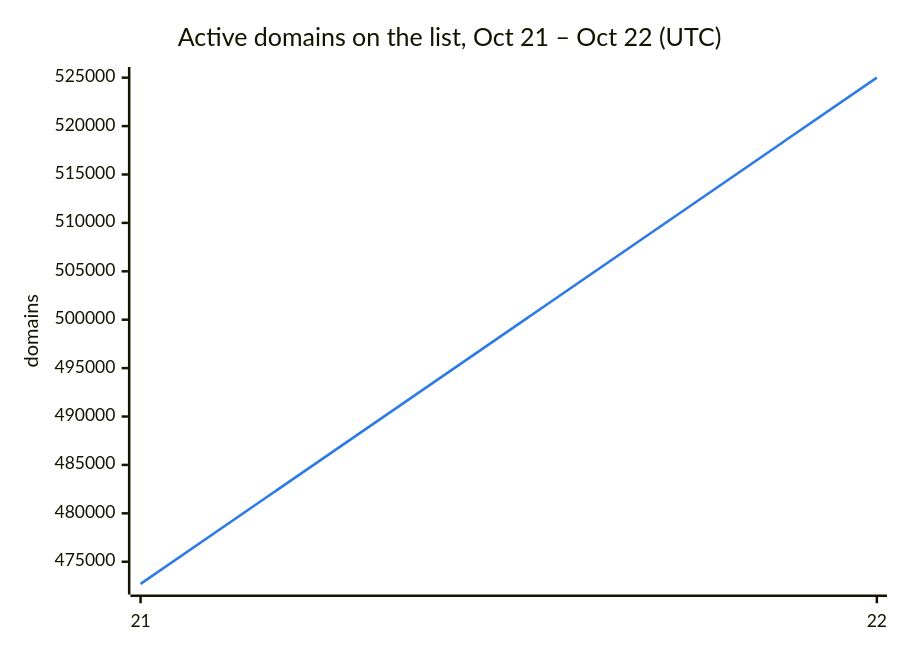
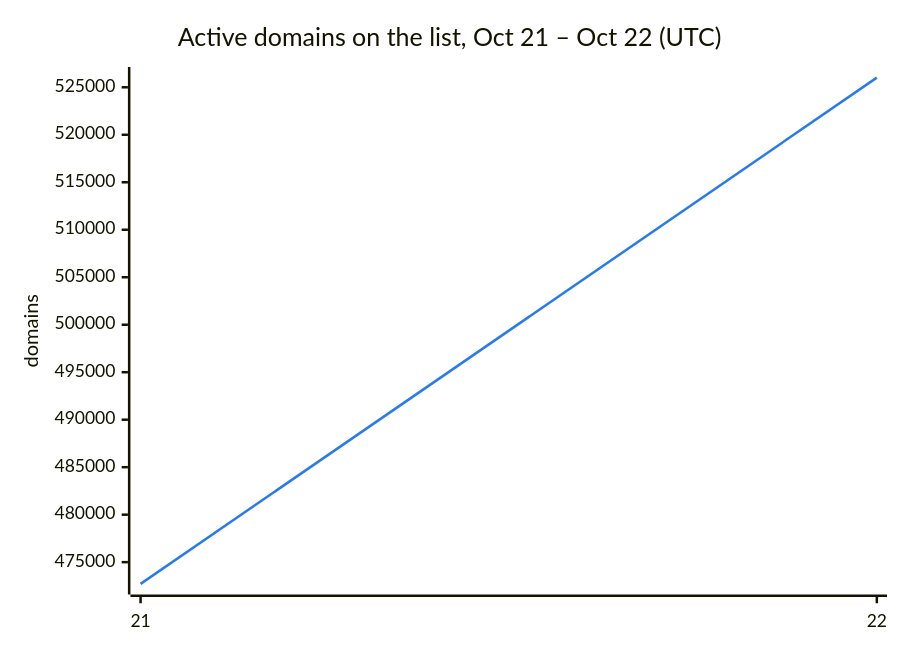
One commit to DNSBunker/CTI changed the second of 3 diagrams in README.md. Above: the diagram before and after it, drawn with Mermaid. The commit also changed other lines of this file and 3 other files, not shown here.

````diff
--- a/README.md
+++ b/README.md
@@ -38,8 +38,8 @@
 ```mermaid
 %%{init: {"themeVariables": {"xyChart": {"plotColorPalette": "#2c7be5"}}}}%%
 xychart-beta
     title "Active domains on the list, Oct 21 – Oct 22 (UTC)"
     x-axis ["21", "22"]
     y-axis "domains"
-    line [472713, 525005]
+    line [472713, 526018]
 ```
````
